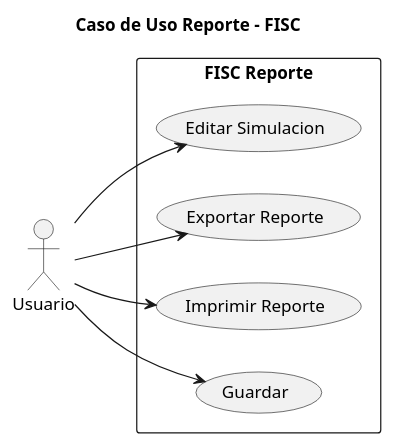
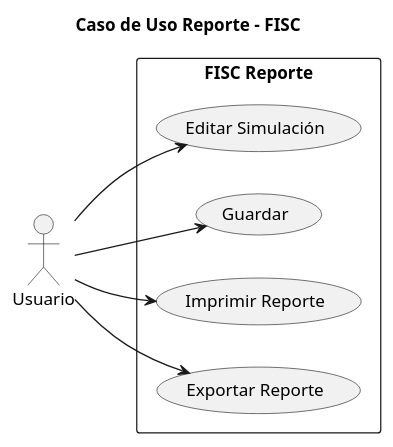
Before and after one commit to mmasias/23-24-IdSw1-SDR: the diagram in casosDeUso/casoUsoReporte.puml, drawn with PlantUML. The commit also changed 1 other file, not shown here.

Commit message:
correccion caso uso reporte

```diff
--- a/casosDeUso/casoUsoReporte.puml
+++ b/casosDeUso/casoUsoReporte.puml
@@ -1,21 +1,21 @@
 @startuml
 
 title Caso de Uso Reporte - FISC
 
 left to right direction
 
 actor Usuario as user
 
 rectangle "FISC Reporte" {
-    usecase "Editar Simulacion" as editarSimulacion
+    usecase "Editar Simulación" as editarSimulación
+    usecase "Guardar" as guardar
+    usecase "Imprimir Reporte" as imprimirReporte
     usecase "Exportar Reporte" as exportarReporte
-    usecase "Imprimir Reporte" as imprimirReporte
-    usecase "Guardar" as guardar
 }
 
-user --> editarSimulacion : ""
+user --> editarSimulación : ""
+user --> guardar : ""
+user --> imprimirReporte : ""
 user --> exportarReporte : ""
-user --> imprimirReporte : ""
-user --> guardar : ""
 
 @enduml
```
